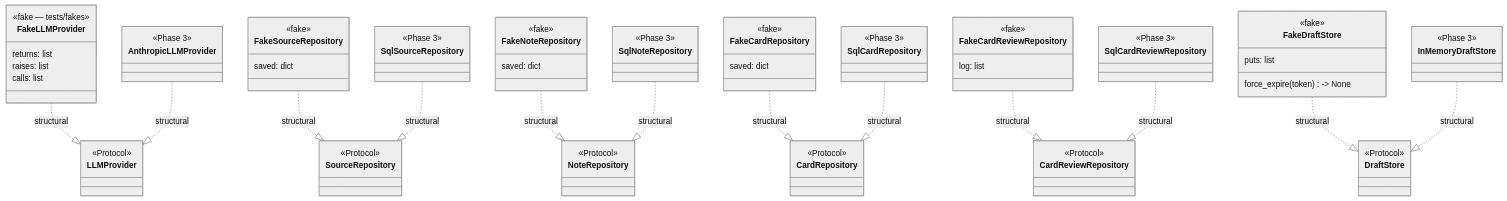
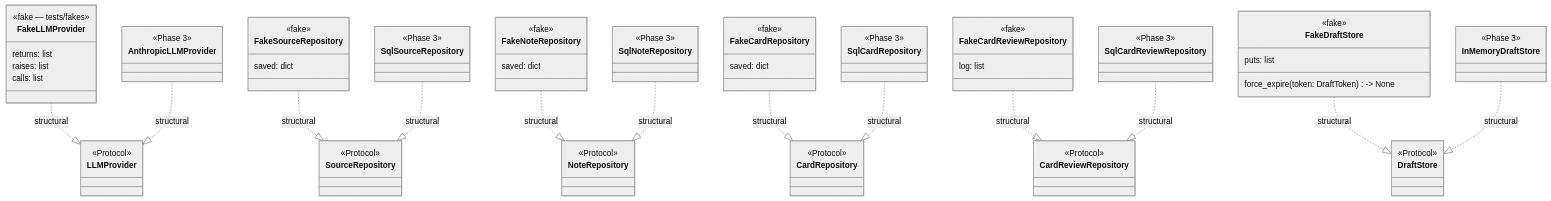
Before and after one commit to pvardanis/dojo: the fourth of 5 diagrams in docs/architecture/overview.md, drawn with Mermaid (neutral theme). The commit also changed other lines of this file, not shown here.

```diff
--- a/docs/architecture/overview.md
+++ b/docs/architecture/overview.md
@@ -370,7 +370,7 @@
     class FakeDraftStore {
         <<fake>>
         puts: list
-        force_expire(token) -> None
+        force_expire(token: DraftToken) -> None
     }
 
     %% Real adapters — Phase 3 (planned)
```
